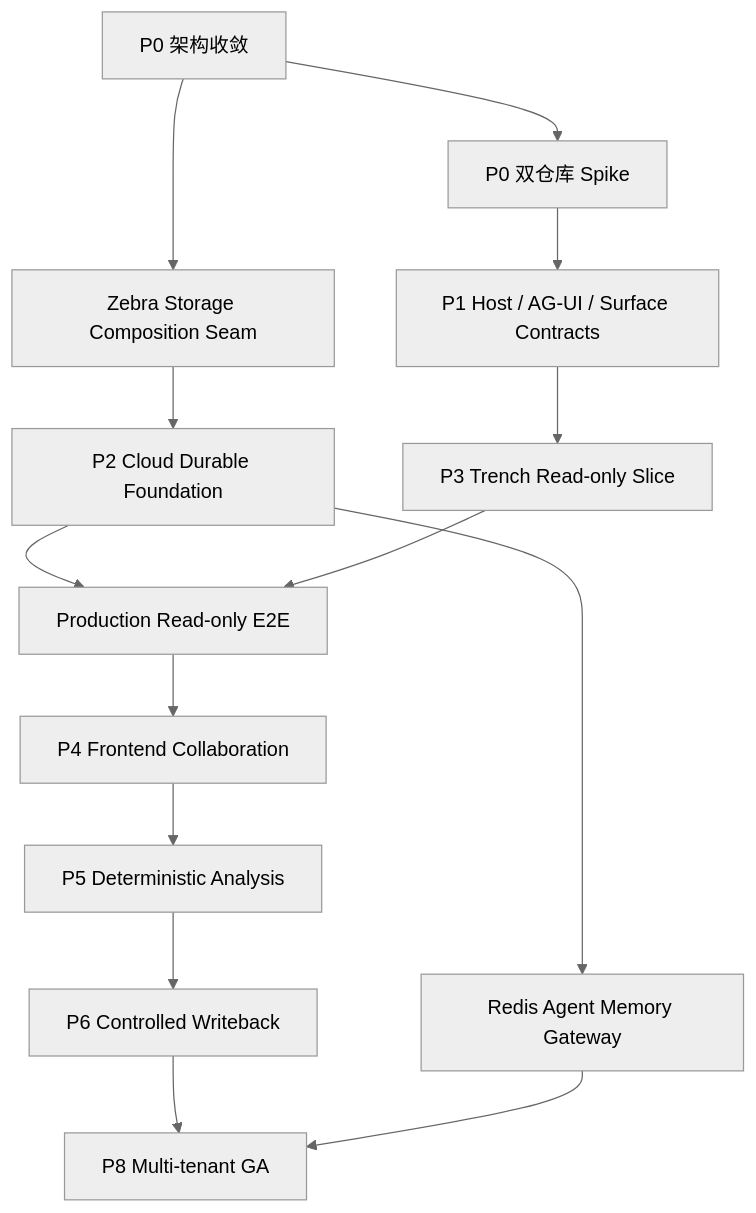
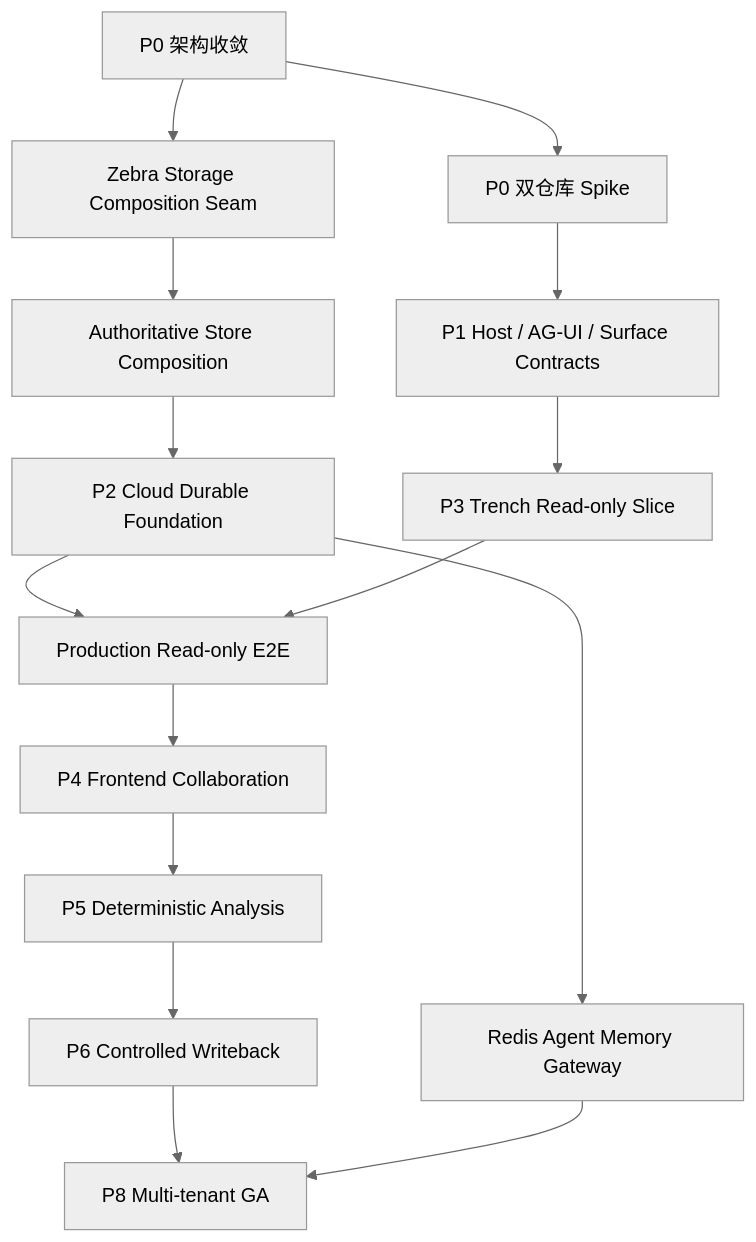
One commit to LogicStormINC/zebra changed the diagram in docs/Zebra Embedded与Trench实施任务拆解_v1.0.md. Above: the diagram before and after it, drawn with Mermaid (neutral theme). The commit also changed other lines of this file and 60 other files, not shown here.

Commit message:
feat(CLOUD-STO-AUTH-01): compose authoritative stores

````diff
--- a/docs/Zebra Embedded与Trench实施任务拆解_v1.0.md
+++ b/docs/Zebra Embedded与Trench实施任务拆解_v1.0.md
@@ -27,16 +27,17 @@
 ```mermaid
 flowchart TD
     PLAN["P0 架构收敛"] --> SPIKE["P0 双仓库 Spike"]
     PLAN --> SEAM["Zebra Storage Composition Seam"]
-    SEAM --> CLOUD["P2 Cloud Durable Foundation"]
+    SEAM --> AUTH["Authoritative Store Composition"]
+    AUTH --> CLOUD["P2 Cloud Durable Foundation"]
     CLOUD --> MEMORY["Redis Agent Memory Gateway"]
     SPIKE --> CONTRACT["P1 Host / AG-UI / Surface Contracts"]
     CONTRACT --> READ["P3 Trench Read-only Slice"]
     CLOUD --> READGATE["Production Read-only E2E"]
     READ --> READGATE
     READGATE --> FRONTEND["P4 Frontend Collaboration"]
     FRONTEND --> ANALYSIS["P5 Deterministic Analysis"]
     ANALYSIS --> WRITE["P6 Controlled Writeback"]
     WRITE --> GA["P8 Multi-tenant GA"]
     MEMORY --> GA
 ```
````
